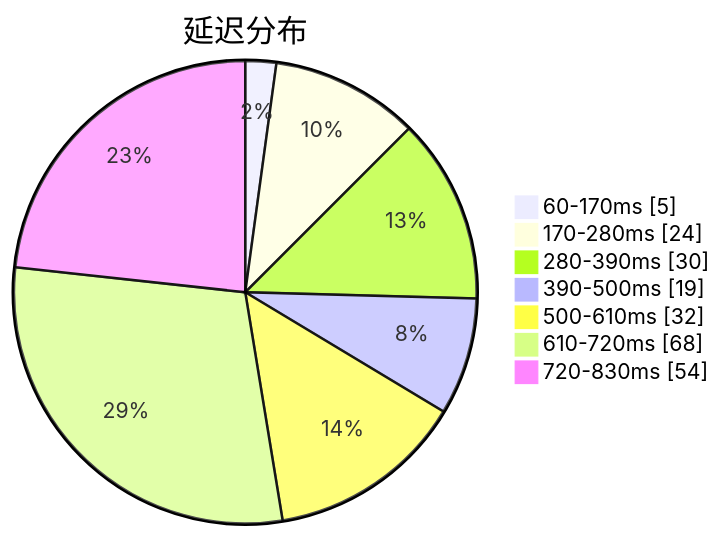
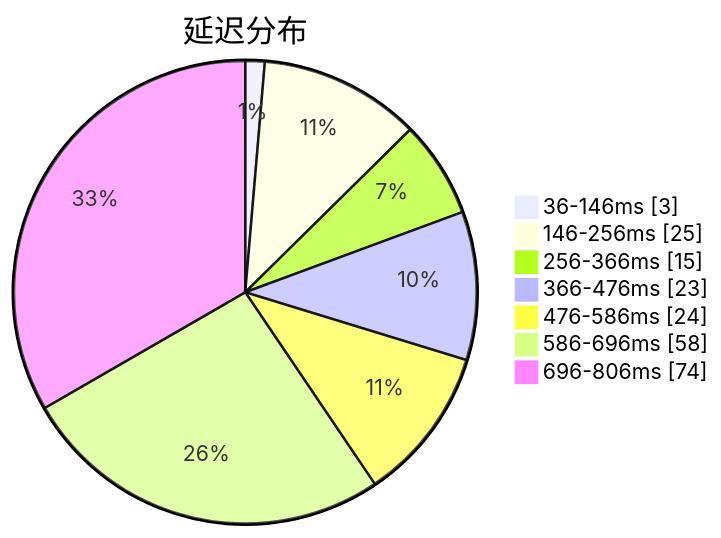
Before and after one commit to sinspired/airport: the first of 3 diagrams in subs/statistics/tested_within.md, drawn with Mermaid. The commit also changed other lines of this file and 2 other files, not shown here.

````diff
--- a/subs/statistics/tested_within.md
+++ b/subs/statistics/tested_within.md
@@ -2,11 +2,11 @@
 ```mermaid
 pie showData
 title 延迟分布
-"60-170ms" : 5
-"170-280ms" : 24
-"280-390ms" : 30
-"390-500ms" : 19
-"500-610ms" : 32
-"610-720ms" : 68
-"720-830ms" : 54
+"36-146ms" : 3
+"146-256ms" : 25
+"256-366ms" : 15
+"366-476ms" : 23
+"476-586ms" : 24
+"586-696ms" : 58
+"696-806ms" : 74
 ```
````
